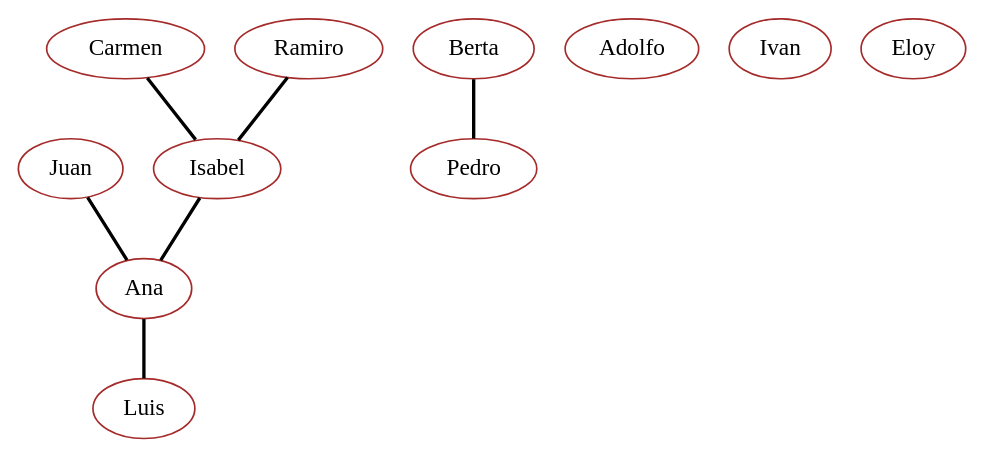
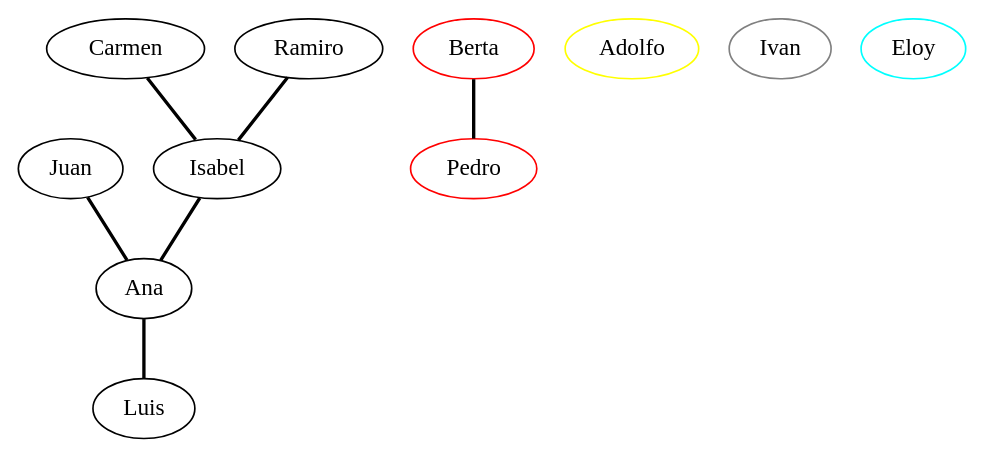
The diagram in PI5FernandezTrigoAlejandro/salida/salidaEjercicio1C.gv (Fertry/JAVA_ADDA_2020), drawn with Graphviz before and after one commit. The commit also changed 44 other files, not shown here.

```diff
--- a/PI5FernandezTrigoAlejandro/salida/salidaEjercicio1C.gv
+++ b/PI5FernandezTrigoAlejandro/salida/salidaEjercicio1C.gv
@@ -1,19 +1,19 @@
 strict graph G {
-  1 [ color="brown" label="Ana" ];
-  2 [ color="brown" label="Berta" ];
-  3 [ color="brown" label="Adolfo" ];
-  4 [ color="brown" label="Ivan" ];
-  5 [ color="brown" label="Carmen" ];
-  6 [ color="brown" label="Luis" ];
-  7 [ color="brown" label="Juan" ];
-  8 [ color="brown" label="Pedro" ];
-  9 [ color="brown" label="Ramiro" ];
-  10 [ color="brown" label="Eloy" ];
-  11 [ color="brown" label="Isabel" ];
+  1 [ color="" label="Ana" ];
+  2 [ color="red" label="Berta" ];
+  3 [ color="yellow" label="Adolfo" ];
+  4 [ color="gray" label="Ivan" ];
+  5 [ color="" label="Carmen" ];
+  6 [ color="" label="Luis" ];
+  7 [ color="" label="Juan" ];
+  8 [ color="red" label="Pedro" ];
+  9 [ color="" label="Ramiro" ];
+  10 [ color="cyan" label="Eloy" ];
+  11 [ color="" label="Isabel" ];
   1 -- 6 [ style="bold" label="" ];
   2 -- 8 [ style="bold" label="" ];
   9 -- 11 [ style="bold" label="" ];
   5 -- 11 [ style="bold" label="" ];
   7 -- 1 [ style="bold" label="" ];
   11 -- 1 [ style="bold" label="" ];
 }
```
